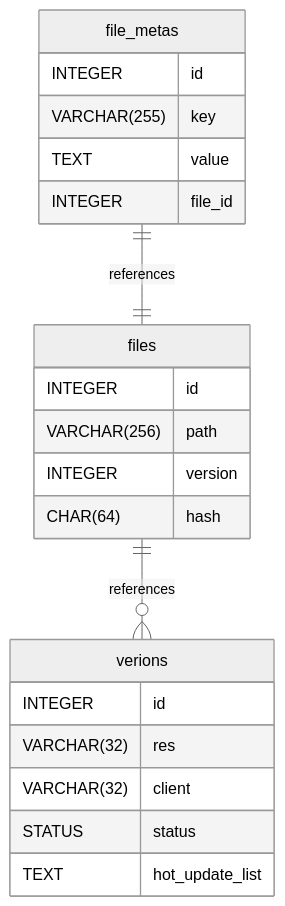
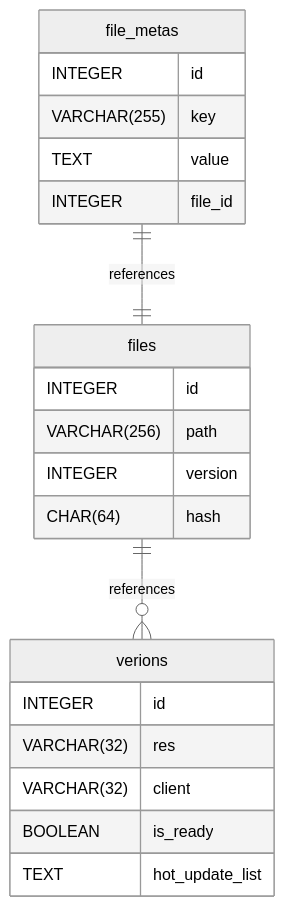
The diagram in docs/sql/v1.md (MooncellWiki/ak-asset-storage), drawn with Mermaid (neutral theme) before and after one commit. The commit also changed other lines of this file and 19 other files, not shown here.

````diff
--- a/docs/sql/v1.md
+++ b/docs/sql/v1.md
@@ -66,27 +66,27 @@
 ```mermaid
 erDiagram
 	files ||--o{ verions : references
 	file_metas ||--|| files : references
 
 	files {
 		INTEGER id
 		VARCHAR(256) path
 		INTEGER version
 		CHAR(64) hash
 	}
 
 	verions {
 		INTEGER id
 		VARCHAR(32) res
 		VARCHAR(32) client
-		STATUS status
+		BOOLEAN is_ready
 		TEXT hot_update_list
 	}
 
 	file_metas {
 		INTEGER id
 		VARCHAR(255) key
 		TEXT value
 		INTEGER file_id
 	}
 ```
````
